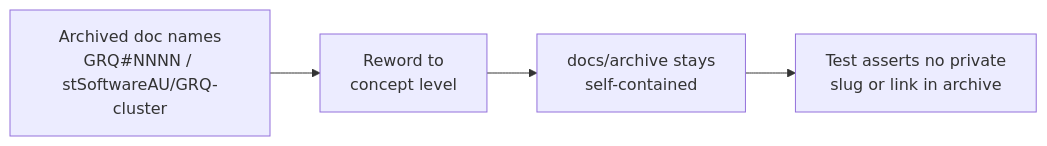
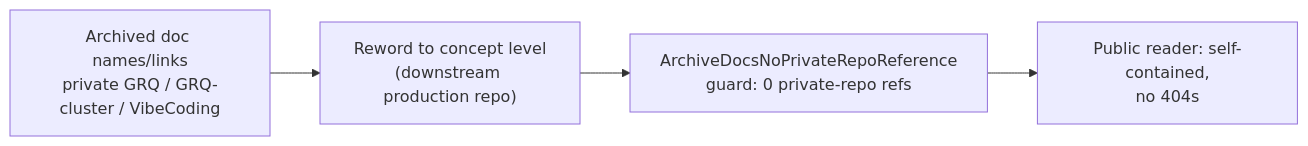
The diagram in docs/archive/pr-summaries/pr-summary-3455.md (stSoftwareAU/NEAT-AI), drawn with Mermaid before and after one commit. The commit also changed other lines of this file, not shown here.

````diff
--- a/docs/archive/pr-summaries/pr-summary-3455.md
+++ b/docs/archive/pr-summaries/pr-summary-3455.md
@@ -40,6 +48,7 @@
 ```mermaid
 flowchart LR
-    A["Archived doc names<br/>GRQ#NNNN / stSoftwareAU/GRQ-cluster"] --> B["Reword to<br/>concept level"]
-    B --> C["docs/archive stays<br/>self-contained"]
-    C --> D["Test asserts no private<br/>slug or link in archive"]
+    A["Archived doc names/links<br/>private GRQ / GRQ-cluster / VibeCoding"]
+      --> B["Reword to concept level<br/>(downstream production repo)"]
+    B --> C["ArchiveDocsNoPrivateRepoReference<br/>guard: 0 private-repo refs"]
+    C --> D["Public reader: self-contained,<br/>no 404s"]
 ```
````
